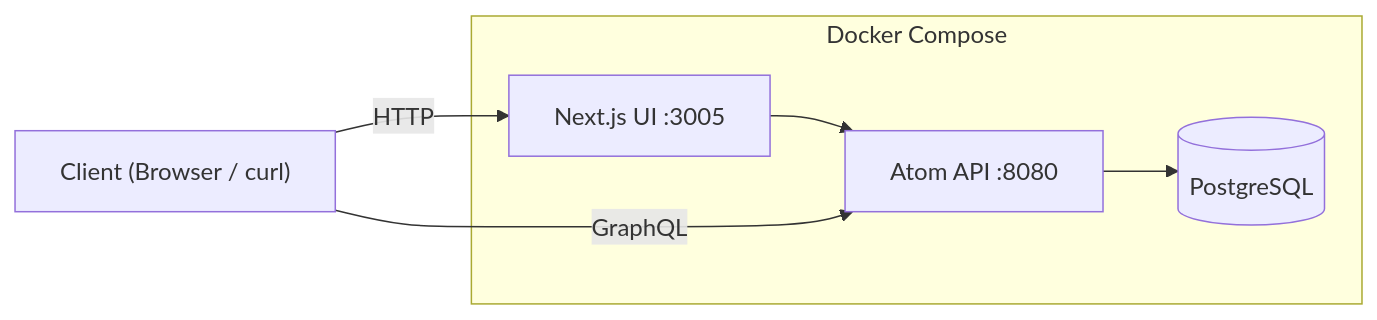
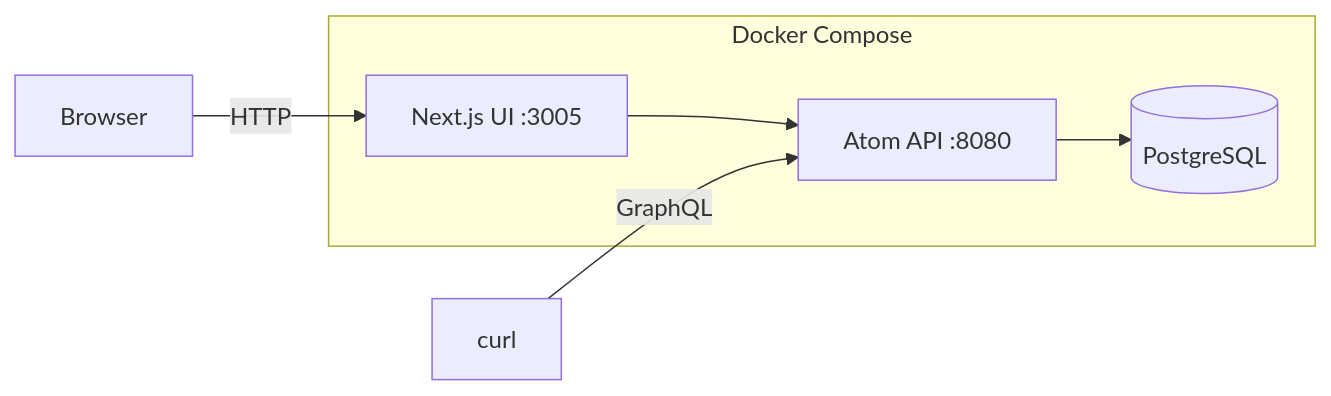
One commit to absmach/website changed the diagram in src/content/blogs/getting-started-with-atom.md. Above: the diagram before and after it, drawn with Mermaid. The commit also changed other lines of this file and 1 other file, not shown here.

````diff
--- a/src/content/blogs/getting-started-with-atom.md
+++ b/src/content/blogs/getting-started-with-atom.md
@@ -33,13 +33,14 @@
 ```mermaid
 flowchart LR
-    Client["Client (Browser / curl)"]
+    Browser["Browser"]
+    Curl["curl"]
     subgraph Docker["Docker Compose"]
         PG[(PostgreSQL)]
         API["Atom API :8080"]
         UI["Next.js UI :3005"]
     end
     API --> PG
     UI --> API
-    Client -->|GraphQL| API
-    Client -->|HTTP| UI
+    Browser -->|HTTP| UI
+    Curl -->|GraphQL| API
 ```
````
